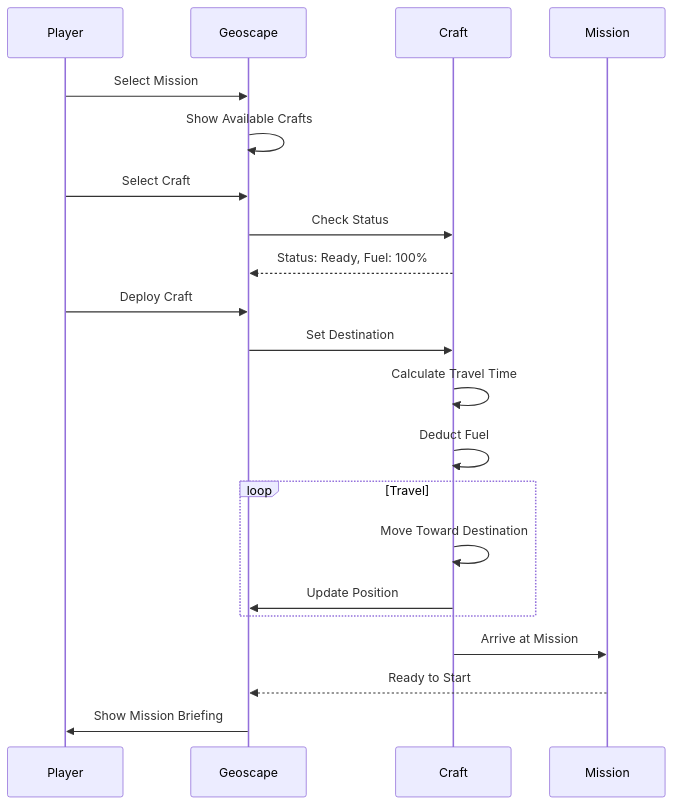
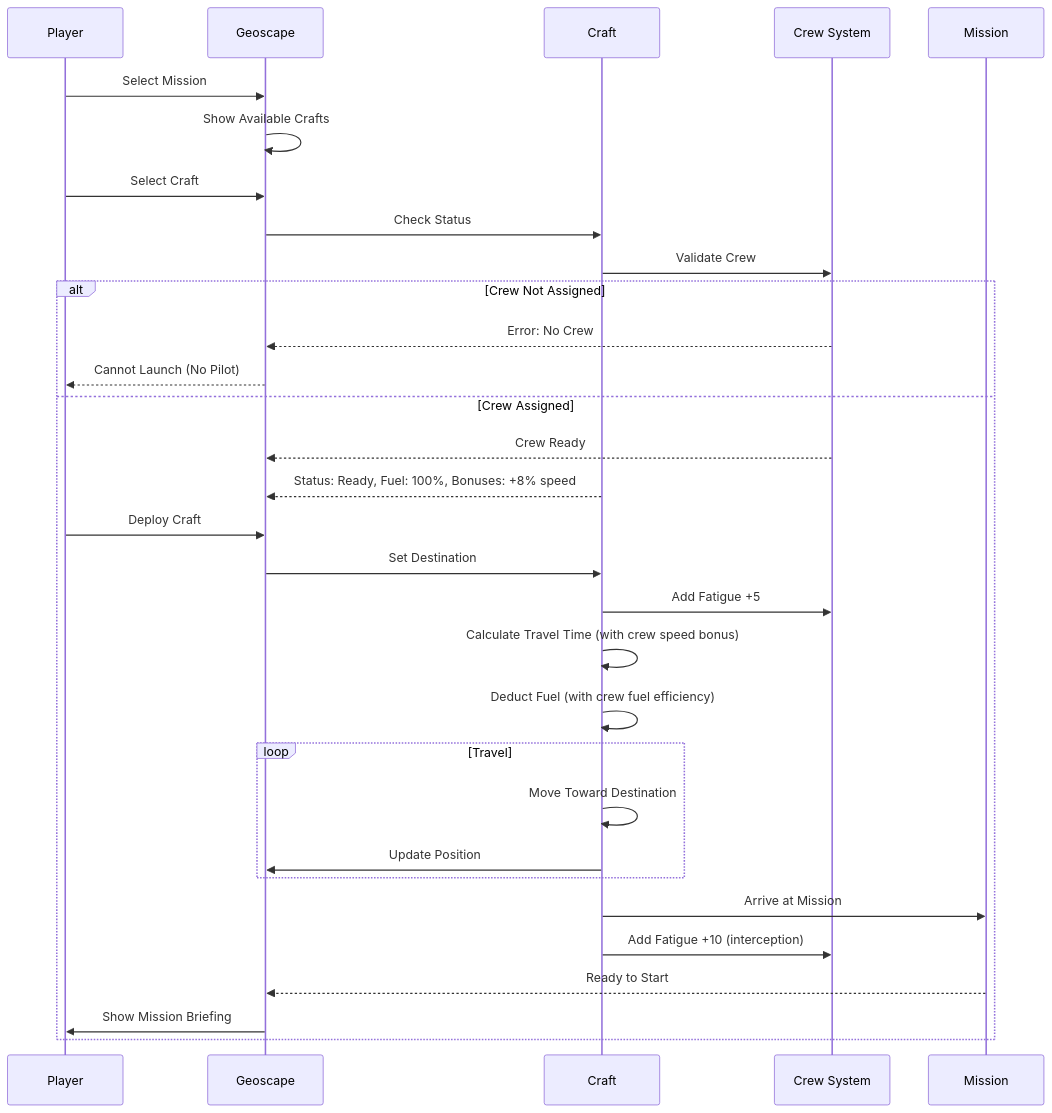
One commit to Bladum/AlienFall changed the sixth of 10 diagrams in architecture/layers/GEOSCAPE.md. Above: the diagram before and after it, drawn with Mermaid. The commit also changed other lines of this file and 30 other files, not shown here.

First line of the commit message:
Add comprehensive tests for Pilot-Craft system

````diff
--- a/architecture/layers/GEOSCAPE.md
+++ b/architecture/layers/GEOSCAPE.md
@@ -198,31 +272,41 @@
 ```mermaid
 sequenceDiagram
     participant Player
     participant Geo as Geoscape
     participant Craft
+    participant Crew as Crew System
     participant Mission
     
     Player->>Geo: Select Mission
     Geo->>Geo: Show Available Crafts
     
     Player->>Geo: Select Craft
     Geo->>Craft: Check Status
+    Craft->>Crew: Validate Crew
     
-    Craft-->>Geo: Status: Ready, Fuel: 100%
-    
-    Player->>Geo: Deploy Craft
-    Geo->>Craft: Set Destination
-    
-    Craft->>Craft: Calculate Travel Time
-    Craft->>Craft: Deduct Fuel
-    
-    loop Travel
-        Craft->>Craft: Move Toward Destination
-        Craft->>Geo: Update Position
+    alt Crew Not Assigned
+        Crew-->>Geo: Error: No Crew
+        Geo-->>Player: Cannot Launch (No Pilot)
+    else Crew Assigned
+        Crew-->>Geo: Crew Ready
+        Craft-->>Geo: Status: Ready, Fuel: 100%, Bonuses: +8% speed
+        
+        Player->>Geo: Deploy Craft
+        Geo->>Craft: Set Destination
+        Craft->>Crew: Add Fatigue +5
+        
+        Craft->>Craft: Calculate Travel Time (with crew speed bonus)
+        Craft->>Craft: Deduct Fuel (with crew fuel efficiency)
+        
+        loop Travel
+            Craft->>Craft: Move Toward Destination
+            Craft->>Geo: Update Position
+        end
+        
+        Craft->>Mission: Arrive at Mission
+        Craft->>Crew: Add Fatigue +10 (interception)
+        Mission-->>Geo: Ready to Start
+        
+        Geo->>Player: Show Mission Briefing
     end
-    
-    Craft->>Mission: Arrive at Mission
-    Mission-->>Geo: Ready to Start
-    
-    Geo->>Player: Show Mission Briefing
 ```
````
